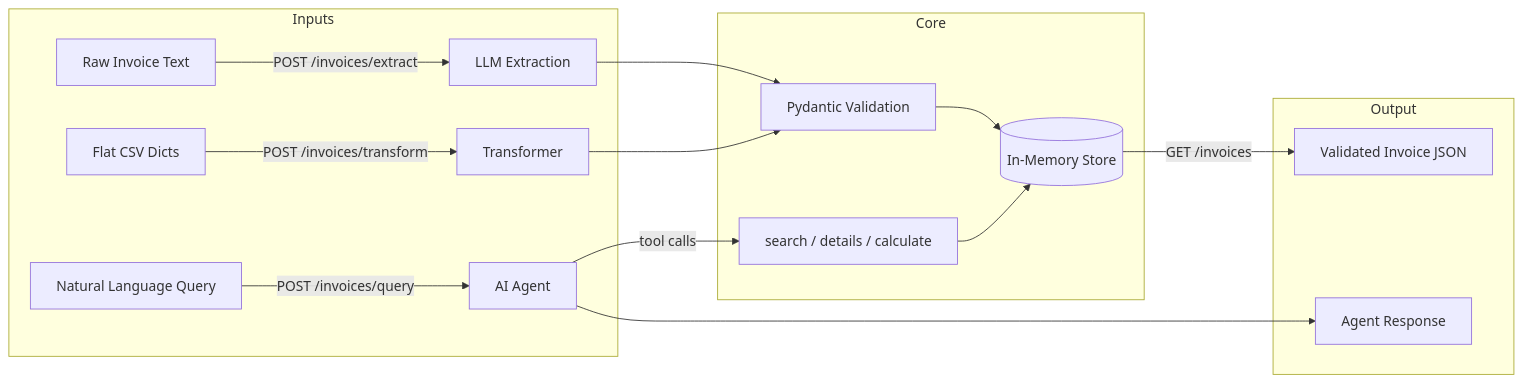
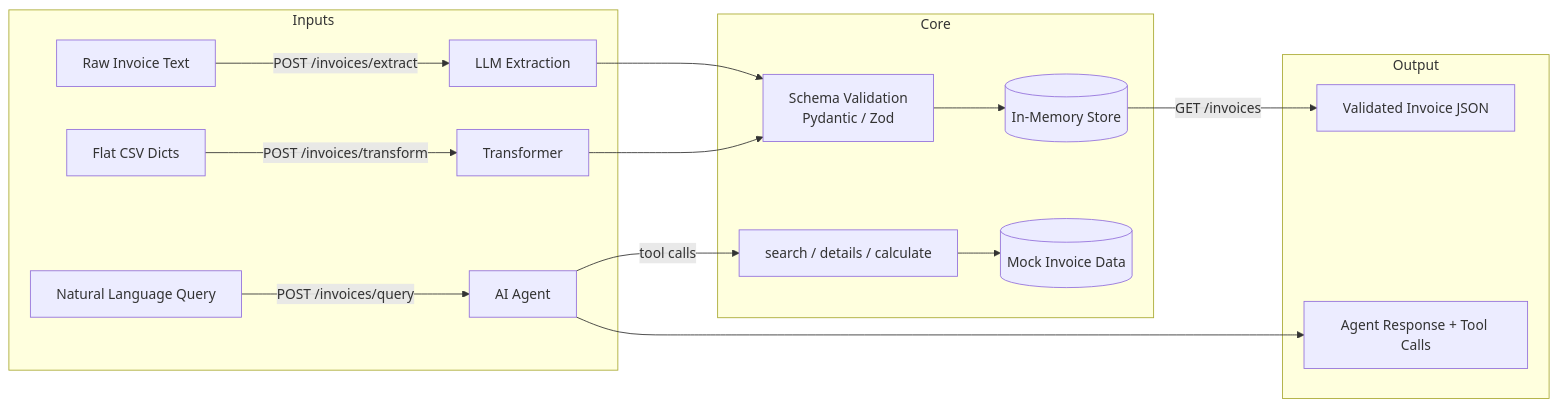
The diagram in README.md (Fgram-devAI/ba-assessment-faidon), drawn with Mermaid before and after one commit.

Commit message:
Fix architecture diagram to match actual data flow

````diff
--- a/README.md
+++ b/README.md
@@ -10,21 +10,21 @@
 ```mermaid
 graph LR
     subgraph Inputs
         A[Raw Invoice Text] -->|POST /invoices/extract| E[LLM Extraction]
         B[Flat CSV Dicts] -->|POST /invoices/transform| T[Transformer]
         C[Natural Language Query] -->|POST /invoices/query| AG[AI Agent]
     end
 
     subgraph Core
-        E --> V[Pydantic Validation]
+        E --> V[Schema Validation<br>Pydantic / Zod]
         T --> V
         V --> S[(In-Memory Store)]
         AG -->|tool calls| Tools[search / details / calculate]
-        Tools --> S
+        Tools --> M[(Mock Invoice Data)]
     end
 
     subgraph Output
         S -->|GET /invoices| JSON[Validated Invoice JSON]
-        AG --> Answer[Agent Response]
+        AG --> Answer[Agent Response + Tool Calls]
     end
 ```
````
